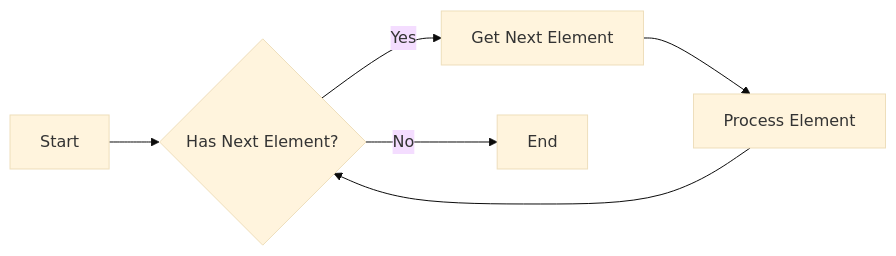
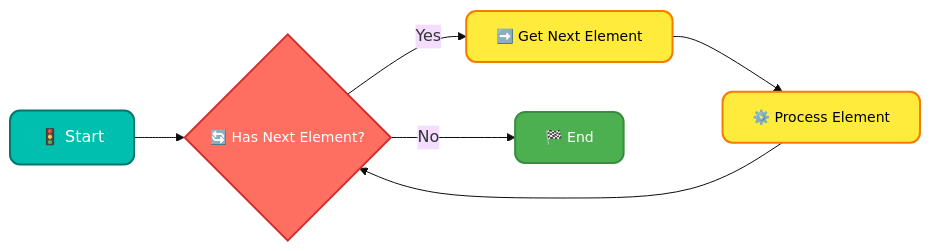
Diagram 14 of 14 in _posts/2024-12-31-13.-collection-framework-in-java.md (infoyouth/infoyouth.github.io), drawn with Mermaid (base theme) before and after one commit. The commit also changed other lines of this file and 1 other file, not shown here.

````diff
--- a/_posts/2024-12-31-13.-collection-framework-in-java.md
+++ b/_posts/2024-12-31-13.-collection-framework-in-java.md
@@ -645,8 +827,20 @@
 ```mermaid
 graph LR
-    A[Start] --> B{Has Next Element?};
-    B -- Yes --> C[Get Next Element];
-    C --> D[Process Element];
+    A[🚦 Start] --> B{🔄 Has Next Element?};
+    B -- Yes --> C[➡️ Get Next Element];
+    C --> D[⚙️ Process Element];
     D --> B;
-    B -- No --> E[End];
+    B -- No --> E[🏁 End];
+
+    class A startNode
+    class B decisionNode
+    class C operationNode
+    class D operationNode
+    class E endNode
+
+    classDef startNode fill:#00BFAE,stroke:#00796B,color:#FFFFFF,font-size:16px,stroke-width:2px,rx:10px;
+    classDef decisionNode fill:#FF6F61,stroke:#D32F2F,color:#FFFFFF,font-size:14px,stroke-width:2px,rx:10px;
+    classDef operationNode fill:#FFEB3B,stroke:#F57C00,color:#000000,font-size:14px,stroke-width:2px,rx:10px;
+    classDef endNode fill:#4CAF50,stroke:#388E3C,color:#FFFFFF,font-size:14px,stroke-width:2px,rx:10px;
+
 ```
````
